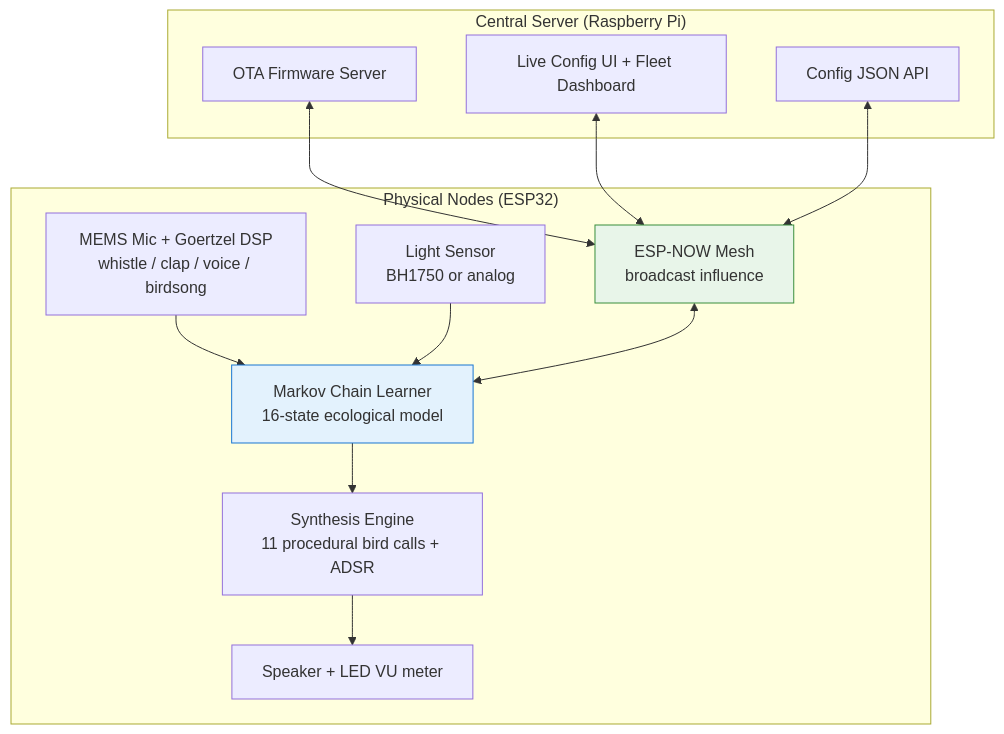
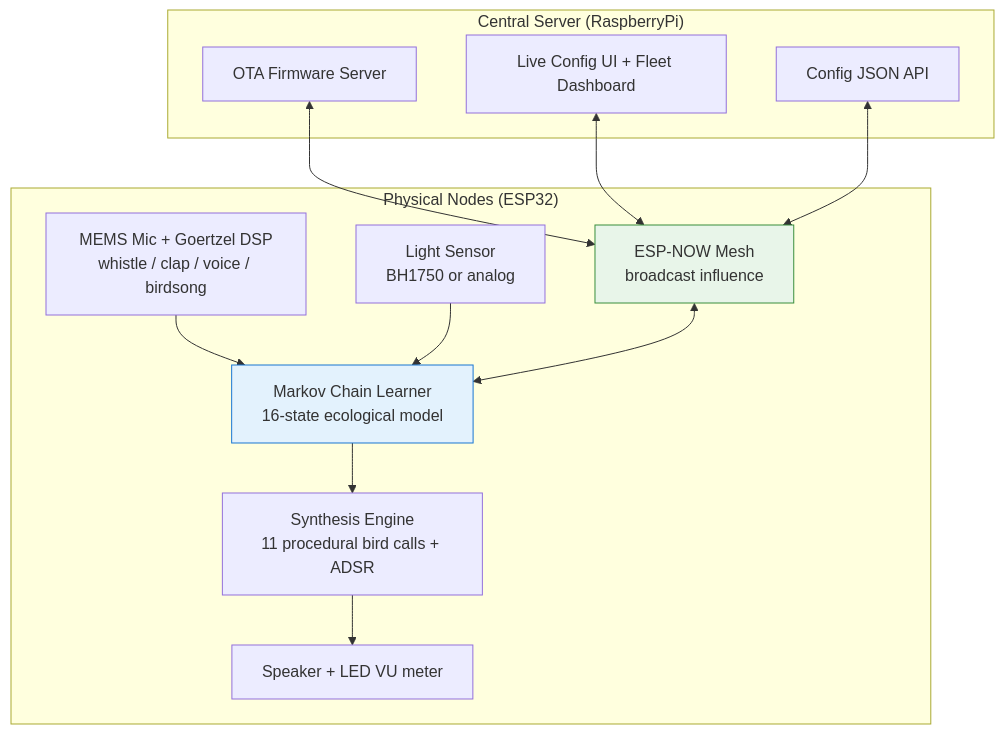
Before and after one commit to nixkj/echoes: the diagram in README.md, drawn with Mermaid.

Commit message:
Minor fix

````diff
--- a/README.md
+++ b/README.md
@@ -37,30 +37,30 @@
 ```mermaid
 graph TD
     subgraph "Physical Nodes (ESP32)"
         A[MEMS Mic + Goertzel DSP<br/>whistle / clap / voice / birdsong]
         B[Light Sensor<br/>BH1750 or analog]
         C[Markov Chain Learner<br/>16-state ecological model]
         D[ESP-NOW Mesh<br/>broadcast influence]
         E[Synthesis Engine<br/>11 procedural bird calls + ADSR]
         F[Speaker + LED VU meter]
     end
 
-    subgraph "Central Server (Raspberry Pi)"
+    subgraph "Central Server (RaspberryPi)"
         G[OTA Firmware Server]
         H[Live Config UI + Fleet Dashboard]
         I[Config JSON API]
     end
 
     A --> C
     B --> C
     D <--> C
     C --> E
     E --> F
 
     G <--> D
     H <--> D
     I <--> D
 
     style C fill:#e3f2fd,stroke:#1976d2
     style D fill:#e8f5e9,stroke:#388e3c
 ```
````
